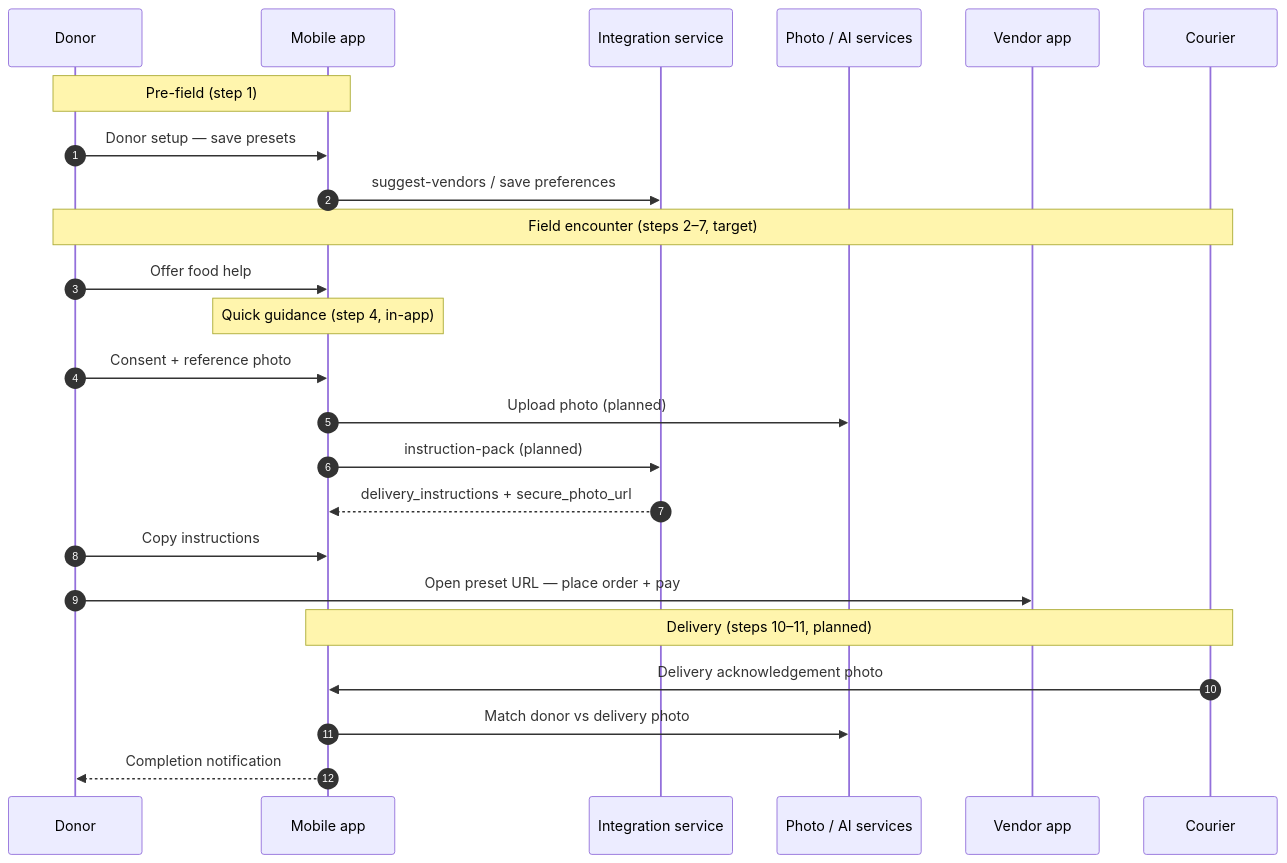
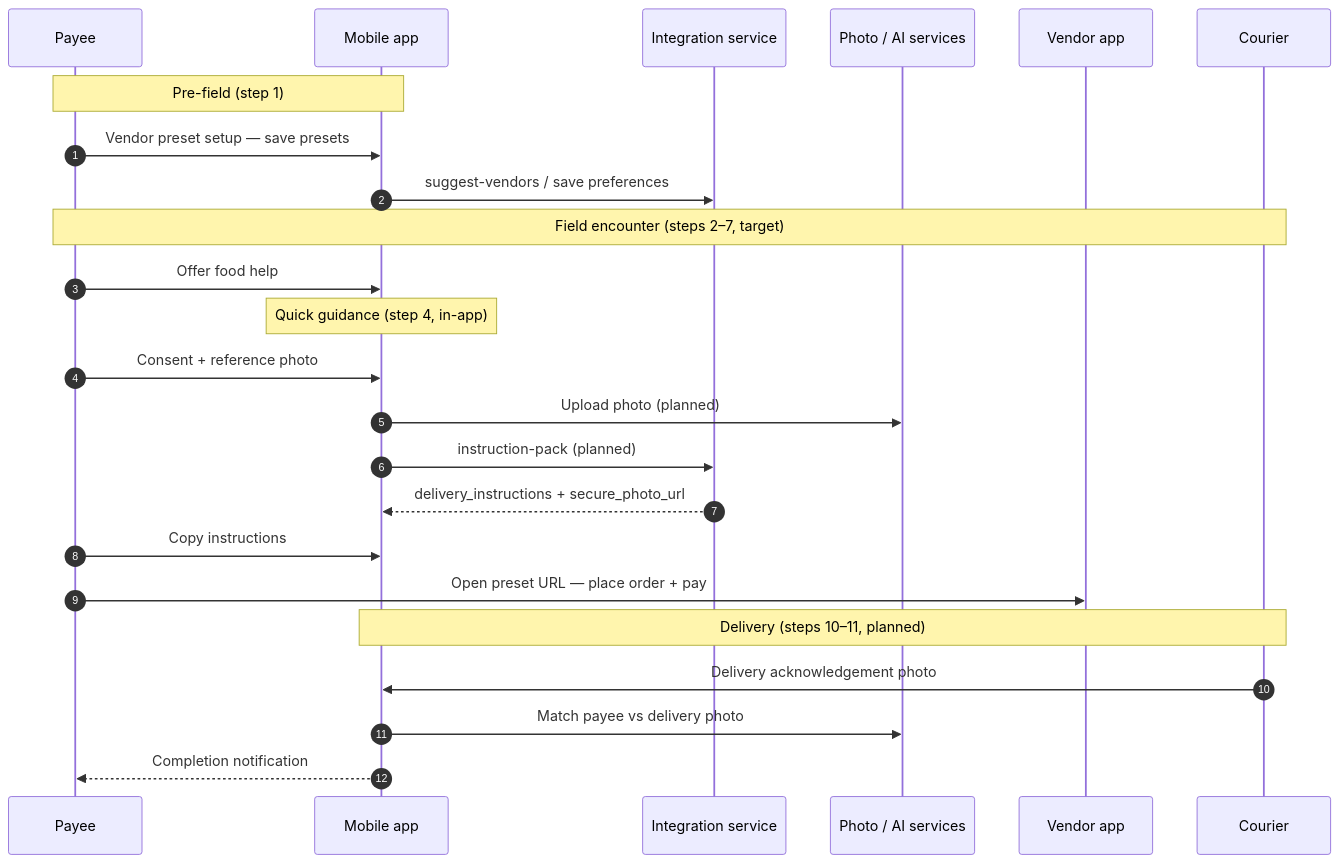
Before and after one commit to sharingbridge/sharingbridge: the third of 4 diagrams in design/SharingBridge_End_to_End_Workflow.md, drawn with Mermaid. The commit also changed other lines of this file and 36 other files, not shown here.

````diff
--- a/design/SharingBridge_End_to_End_Workflow.md
+++ b/design/SharingBridge_End_to_End_Workflow.md
@@ -114,29 +114,29 @@
 ```mermaid
 sequenceDiagram
   autonumber
-  participant D as Donor
+  participant D as Payee
   participant M as Mobile app
   participant I as Integration service
   participant P as Photo / AI services
   participant V as Vendor app
   participant C as Courier
 
   Note over D,M: Pre-field (step 1)
-  D->>M: Donor setup — save presets
+  D->>M: Vendor preset setup — save presets
   M->>I: suggest-vendors / save preferences
 
   Note over D,C: Field encounter (steps 2–7, target)
   D->>M: Offer food help
   Note over M: Quick guidance (step 4, in-app)
   D->>M: Consent + reference photo
   M->>P: Upload photo (planned)
   M->>I: instruction-pack (planned)
   I-->>M: delivery_instructions + secure_photo_url
   D->>M: Copy instructions
   D->>V: Open preset URL — place order + pay
 
   Note over C,M: Delivery (steps 10–11, planned)
   C->>M: Delivery acknowledgement photo
-  M->>P: Match donor vs delivery photo
+  M->>P: Match payee vs delivery photo
   M-->>D: Completion notification
 ```
````
